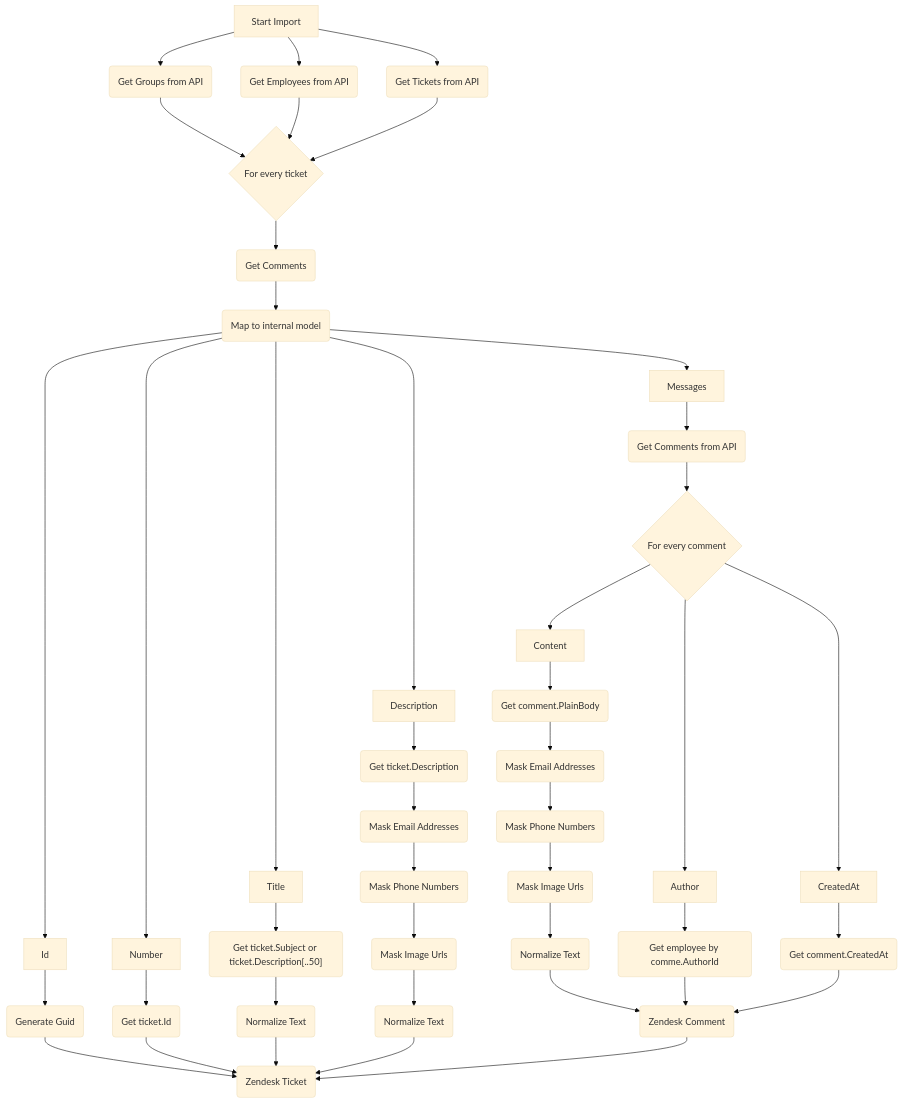
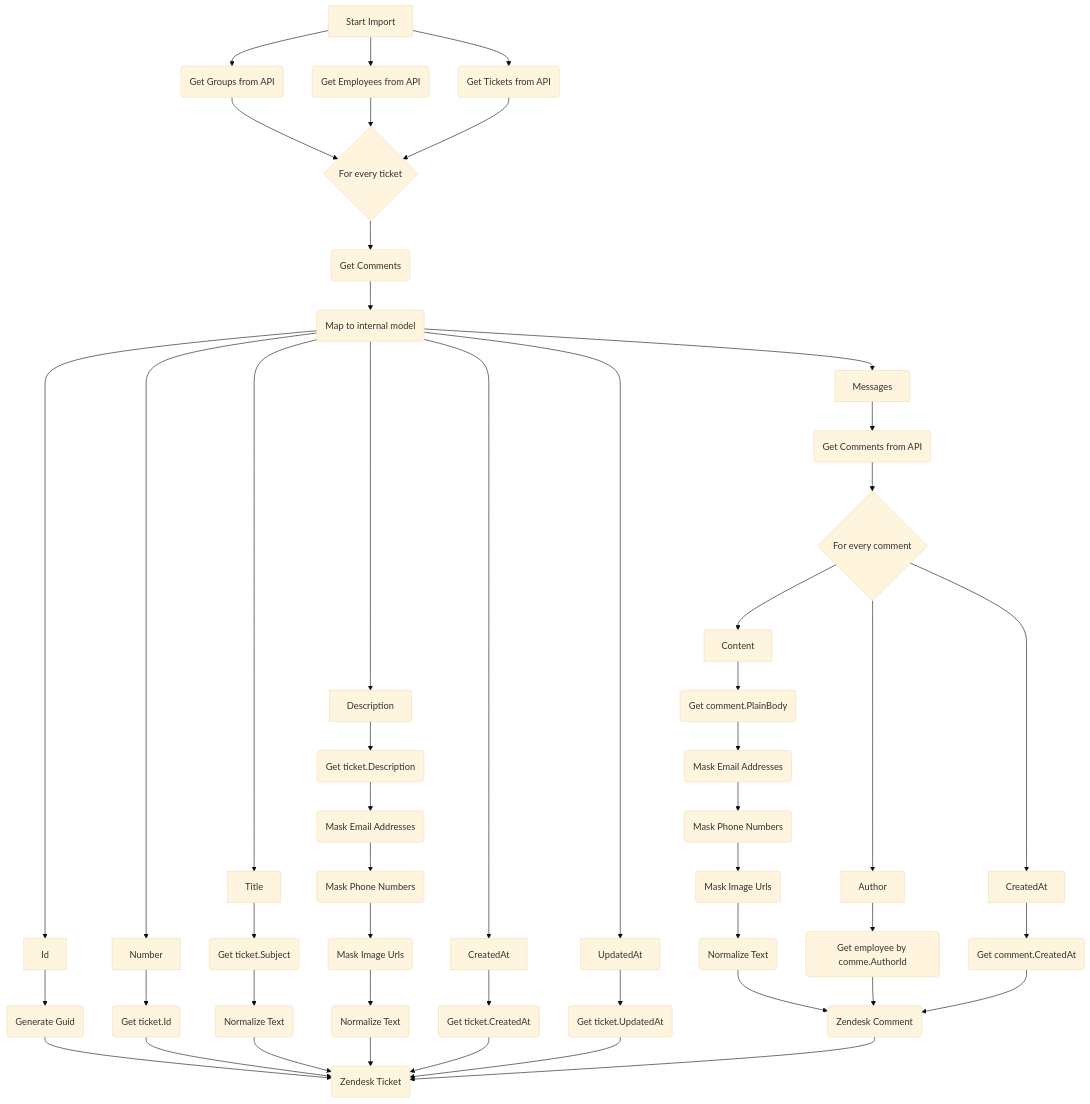
The diagram in README.md (krzysztof-gwozdz/nex-ai), drawn with Mermaid (base theme) before and after one commit. The commit also changed 4 other files, not shown here.

Commit message:
Add created at and update at to Zendesk ticket

````diff
--- a/README.md
+++ b/README.md
@@ -8,39 +8,43 @@
 ```mermaid
 flowchart TD
     A["Start Import"] --> C("Get Groups from API") & B("Get Employees from API") & D("Get Tickets from API")
     C --> E{"For every ticket"}
     B --> E
     D --> E
     E --> F("Get Comments")
     F --> G("Map to internal model")
-    G --> H1["Id"] & I1["Number"] & J1["Title"] & K1["Description"] & L1["Messages"]
+    G --> H1["Id"] & I1["Number"] & J1["Title"] & K1["Description"] & M1["CreatedAt"] & N1["UpdatedAt"] & L1["Messages"]
     H1 --> H2("Generate Guid")
     I1 --> I2("Get ticket.Id")   
-    J1 --> J2("Get ticket.Subject or ticket.Description[..50]")
+    J1 --> J2("Get ticket.Subject")
     J2 --> J3("Normalize Text")   
     K1 --> K2("Get ticket.Description")
     K2 --> K3("Mask Email Addresses")
     K3 --> K4("Mask Phone Numbers")
     K4 --> K5("Mask Image Urls")
     K5 --> K6("Normalize Text")
+    M1 --> M2("Get ticket.CreatedAt")
+    N1 --> N2("Get ticket.UpdatedAt")
     L1 --> L2("Get Comments from API")
     L2 --> L3{"For every comment"}
     L3 --> L41["Content"]
     L41 --> L411("Get comment.PlainBody")
     L411 --> L412("Mask Email Addresses")
     L412 --> L413("Mask Phone Numbers")
     L413 --> L414("Mask Image Urls")
     L414 --> L415("Normalize Text")
     L415 --> L4("Zendesk Comment")
     L3 --> L42["Author"]
     L42 --> L421("Get employee by comme.AuthorId")
     L421 --> L4
     L3 --> L43["CreatedAt"]
     L43 --> L431("Get comment.CreatedAt")
     L431 --> L4
     H2 --> Z1("Zendesk Ticket")
     I2 --> Z1
     J3 --> Z1
     K6 --> Z1
+    M2 --> Z1
+    N2 --> Z1
     L4 --> Z1
 ```
````
